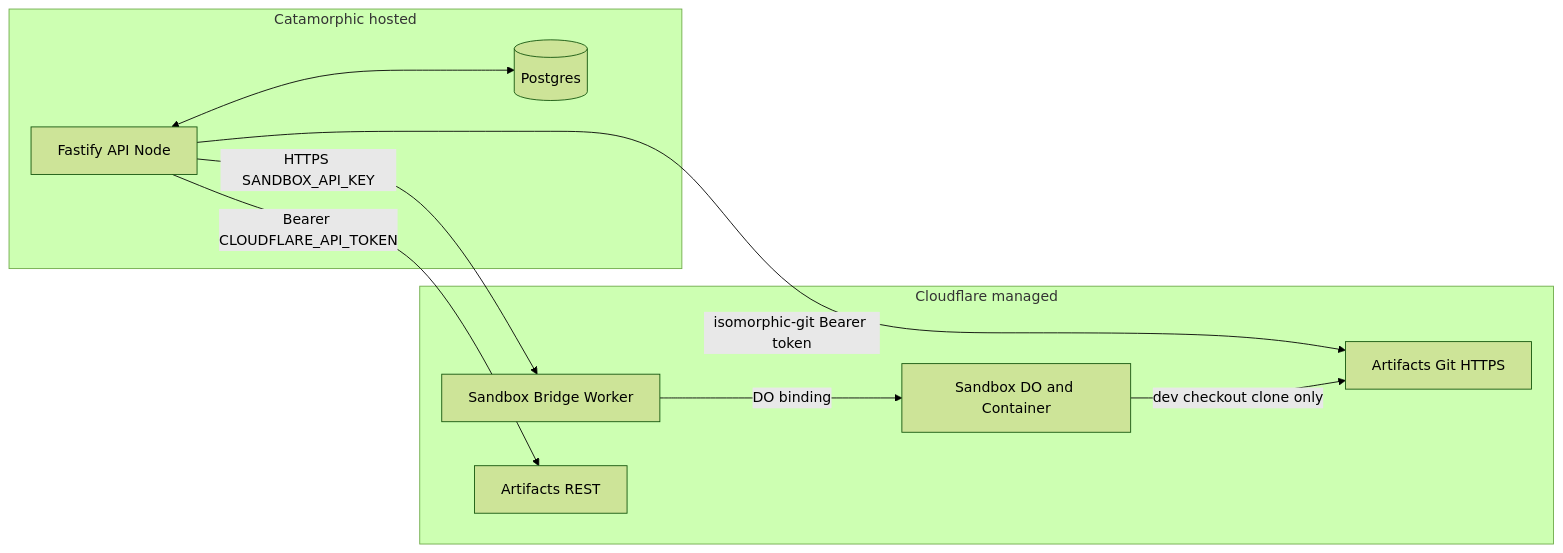
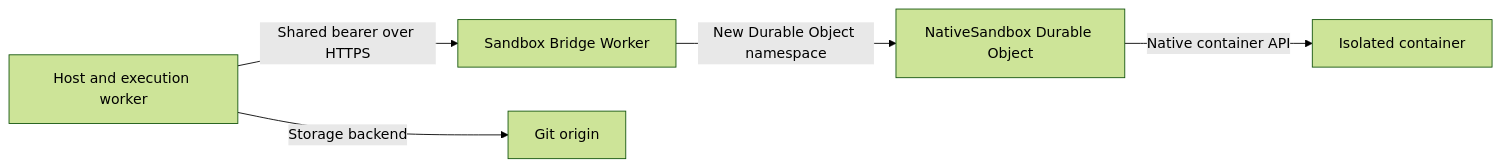
Before and after one commit to opencx-labs/catamorphic: the diagram in CLOUDFLARE.md, drawn with Mermaid (forest theme). The commit also changed other lines of this file and 203 other files, not shown here.

````diff
--- a/CLOUDFLARE.md
+++ b/CLOUDFLARE.md
@@ -76,20 +19,7 @@
 ```mermaid
 flowchart LR
-  subgraph ours [Catamorphic hosted]
-    fastify[Fastify API Node]
-    pg[(Postgres)]
-  end
-  subgraph cf [Cloudflare managed]
-    bridge[Sandbox Bridge Worker]
-    sandbox[Sandbox DO and Container]
-    artifactsREST[Artifacts REST]
-    artifactsGit[Artifacts Git HTTPS]
-  end
-
-  fastify <--> pg
-  fastify -->|HTTPS SANDBOX_API_KEY| bridge
-  bridge -->|DO binding| sandbox
-  fastify -->|Bearer CLOUDFLARE_API_TOKEN| artifactsREST
-  fastify -->|isomorphic-git Bearer token| artifactsGit
-  sandbox -->|dev checkout clone only| artifactsGit
+  host[Host and execution worker] -->|Shared bearer over HTTPS| bridge[Sandbox Bridge Worker]
+  bridge -->|New Durable Object namespace| sandbox[NativeSandbox Durable Object]
+  sandbox -->|Native container API| container[Isolated container]
+  host -->|Storage backend| origin[Git origin]
 ```
````
